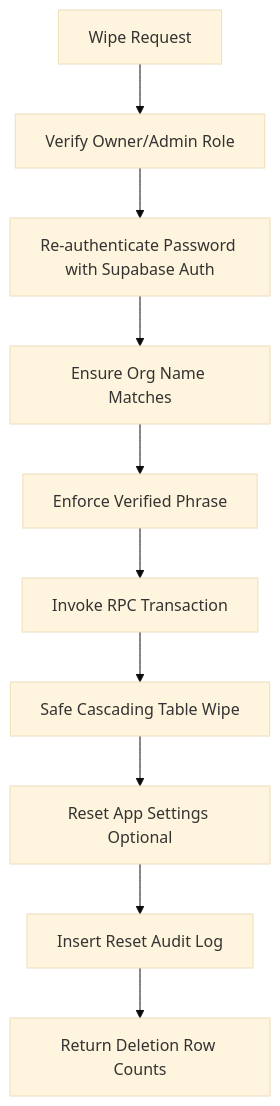
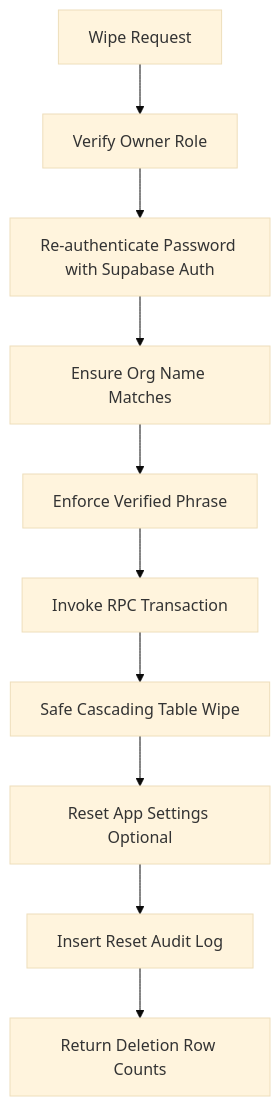
One commit to starwalker12/saledock-cloud-pos changed the diagram in docs/factory-reset.md. Above: the diagram before and after it, drawn with Mermaid (base theme). The commit also changed other lines of this file and 5 other files, not shown here.

````diff
--- a/docs/factory-reset.md
+++ b/docs/factory-reset.md
@@ -38,12 +38,12 @@
 ```mermaid
 graph TD
-    A[Wipe Request] --> B[Verify Owner/Admin Role]
+    A[Wipe Request] --> B[Verify Owner Role]
     B --> C[Re-authenticate Password with Supabase Auth]
     C --> D[Ensure Org Name Matches]
     D --> E[Enforce Verified Phrase]
     E --> F[Invoke RPC Transaction]
     F --> G[Safe Cascading Table Wipe]
     G --> H[Reset App Settings Optional]
     H --> I[Insert Reset Audit Log]
     I --> J[Return Deletion Row Counts]
 ```
````
